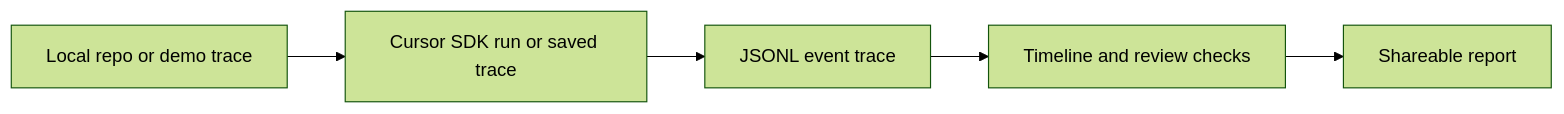
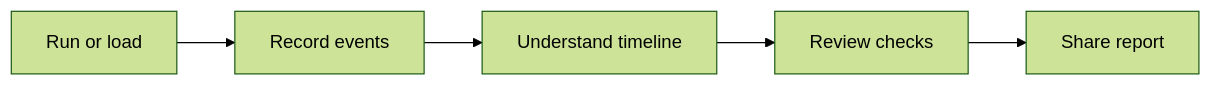
Before and after one commit to GwriPennar/cursor-sdk-flight-recorder: the first of 9 diagrams in README.md, drawn with Mermaid (forest theme). The commit also changed other lines of this file, not shown here.

First line of the commit message:
docs: expand README with Mermaid diagrams and clearer structure

````diff
--- a/README.md
+++ b/README.md
@@ -19,7 +40,7 @@
 ```mermaid
 flowchart LR
-    A[Local repo or demo trace] --> B[Cursor SDK run or saved trace]
-    B --> C[JSONL event trace]
-    C --> D[Timeline and review checks]
-    D --> E[Shareable report]
+    A[Run or load] --> B[Record events]
+    B --> C[Understand timeline]
+    C --> D[Review checks]
+    D --> E[Share report]
 ```
````
